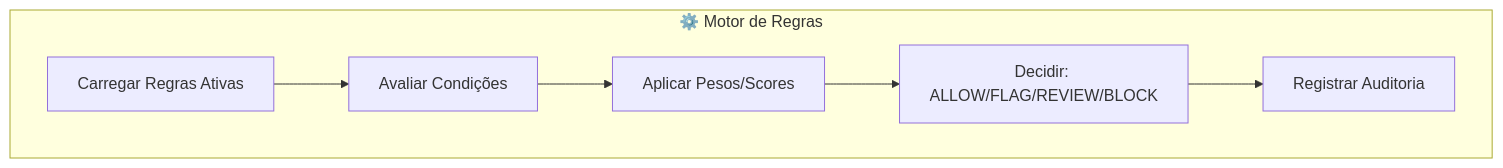
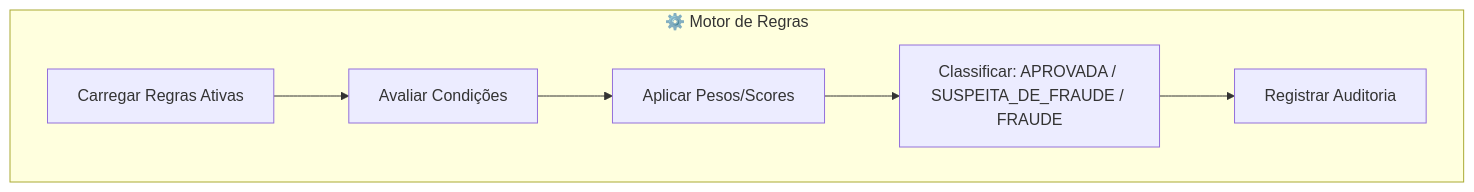
One commit to FELIPEACASTRO/RULEX changed the fifth of 44 diagrams in docs/DIAGRAMAS.md. Above: the diagram before and after it, drawn with Mermaid. The commit also changed other lines of this file and 7 other files, not shown here.

Commit message:
docs(diagramas): normalize /api endpoints and de-hallucinate flows

````diff
--- a/docs/DIAGRAMAS.md
+++ b/docs/DIAGRAMAS.md
@@ -692,11 +750,11 @@
 ```mermaid
 flowchart TD
     subgraph Motor["⚙️ Motor de Regras"]
         M1[Carregar Regras Ativas]
         M2[Avaliar Condições]
         M3[Aplicar Pesos/Scores]
-        M4[Decidir: ALLOW/FLAG/REVIEW/BLOCK]
+        M4[Classificar: APROVADA / SUSPEITA_DE_FRAUDE / FRAUDE]
         M5[Registrar Auditoria]
     end
     M1 --> M2 --> M3 --> M4 --> M5
 ```
````
